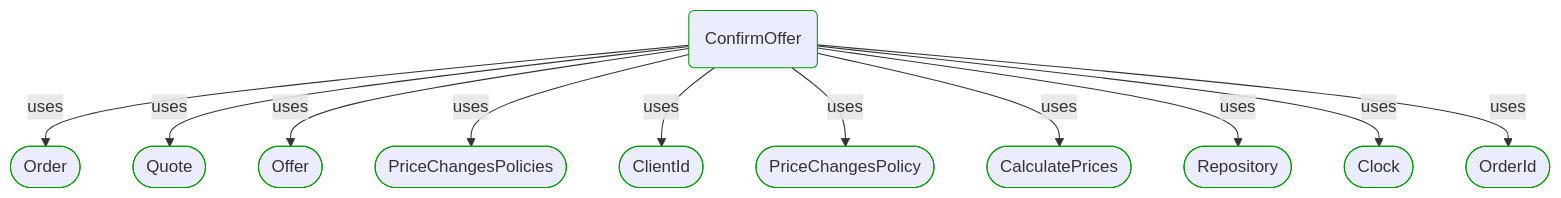
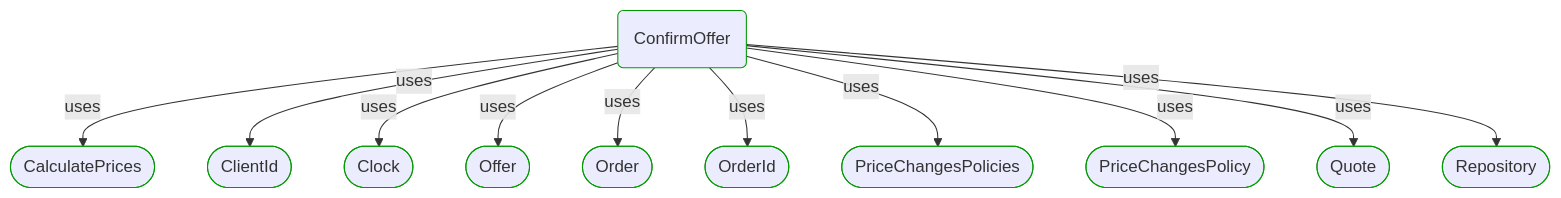
The second of 4 diagrams in Docs/P3/MermaidOutput/ProcessSteps/Sale/Wholesale ordering/ConfirmOffer.md (itlibrium/DDD-starter-dotnet), drawn with Mermaid before and after one commit. The commit also changed 78 other files, not shown here.

````diff
--- a/Docs/P3/MermaidOutput/ProcessSteps/Sale/Wholesale ordering/ConfirmOffer.md
+++ b/Docs/P3/MermaidOutput/ProcessSteps/Sale/Wholesale ordering/ConfirmOffer.md
@@ -37,38 +37,38 @@
 ```mermaid
   flowchart TB
     0(ConfirmOffer)
     class 0 DomainPerspective
-    1([Order])
+    1([CalculatePrices])
     class 1 DomainPerspective
     0-->|uses|1
-    2([Quote])
+    2([ClientId])
     class 2 DomainPerspective
     0-->|uses|2
-    3([Offer])
+    3([Clock])
     class 3 DomainPerspective
     0-->|uses|3
-    4([PriceChangesPolicies])
+    4([Offer])
     class 4 DomainPerspective
     0-->|uses|4
-    5([ClientId])
+    5([Order])
     class 5 DomainPerspective
     0-->|uses|5
-    6([PriceChangesPolicy])
+    6([OrderId])
     class 6 DomainPerspective
     0-->|uses|6
-    7([CalculatePrices])
+    7([PriceChangesPolicies])
     class 7 DomainPerspective
     0-->|uses|7
-    8([Repository])
+    8([PriceChangesPolicy])
     class 8 DomainPerspective
     0-->|uses|8
-    9([Clock])
+    9([Quote])
     class 9 DomainPerspective
     0-->|uses|9
-    10([OrderId])
+    10([Repository])
     class 10 DomainPerspective
     0-->|uses|10
     classDef DomainPerspective stroke:#009900
     classDef TechnologyPerspective stroke:#1F41EB
     classDef PeoplePerspective stroke:#FFF014
 ```
````
